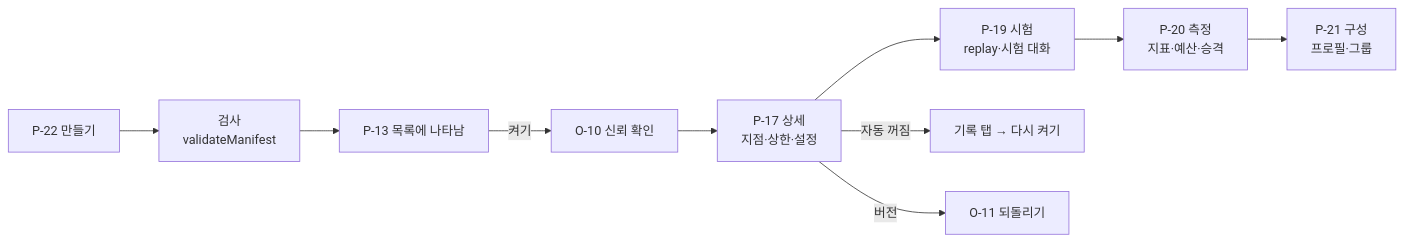
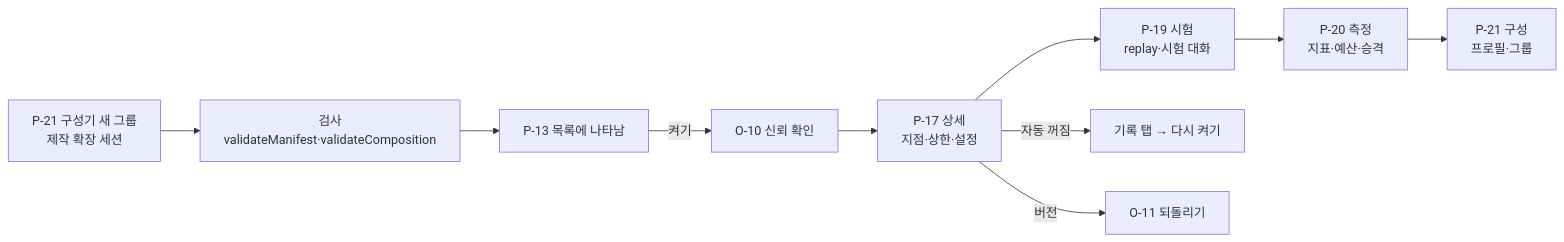
The sixth of 6 diagrams in docs/xeon/L4/desktop-ux/spec.md (Rengod95/Helm-Agent_Docs_OS), drawn with Mermaid before and after one commit. The commit also changed other lines of this file and 6 other files, not shown here.

````diff
--- a/docs/xeon/L4/desktop-ux/spec.md
+++ b/docs/xeon/L4/desktop-ux/spec.md
@@ -2495,12 +2659,12 @@
 ```mermaid
 flowchart LR
-  N["P-22 만들기"] --> V["검사<br/>validateManifest"]
+  N["P-21 구성기 새 그룹<br/>제작 확장 세션"] --> V["검사<br/>validateManifest·validateComposition"]
   V --> L["P-13 목록에 나타남"]
   L -->|"켜기"| T["O-10 신뢰 확인"]
   T --> E["P-17 상세<br/>지점·상한·설정"]
   E --> R["P-19 시험<br/>replay·시험 대화"]
   R --> M["P-20 측정<br/>지표·예산·승격"]
   M --> G["P-21 구성<br/>프로필·그룹"]
   E -->|"자동 꺼짐"| X["기록 탭 → 다시 켜기"]
   E -->|"버전"| B["O-11 되돌리기"]
 ```
````
